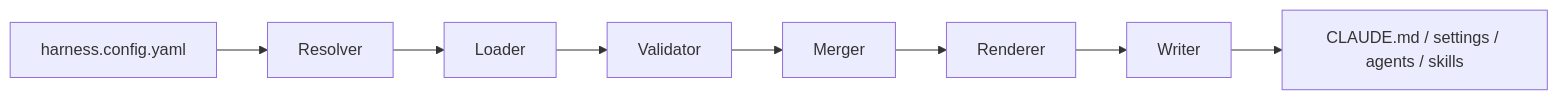
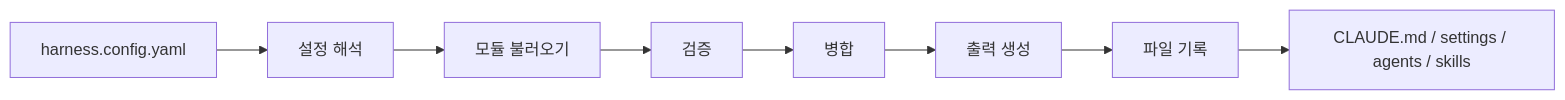
The diagram in cases/developer-internal-tooling.md (tomtomjskim/portfolio), drawn with Mermaid before and after one commit. The commit also changed other lines of this file and 12 other files, not shown here.

````diff
--- a/cases/developer-internal-tooling.md
+++ b/cases/developer-internal-tooling.md
@@ -56,10 +56,10 @@
 ```mermaid
 flowchart LR
-    C[harness.config.yaml] --> R[Resolver]
-    R --> L[Loader]
-    L --> V[Validator]
-    V --> M[Merger]
-    M --> E[Renderer]
-    E --> W[Writer]
+    C[harness.config.yaml] --> R[설정 해석]
+    R --> L[모듈 불러오기]
+    L --> V[검증]
+    V --> M[병합]
+    M --> E[출력 생성]
+    E --> W[파일 기록]
     W --> O[CLAUDE.md / settings / agents / skills]
 ```
````
